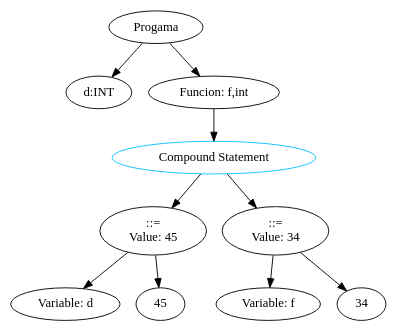
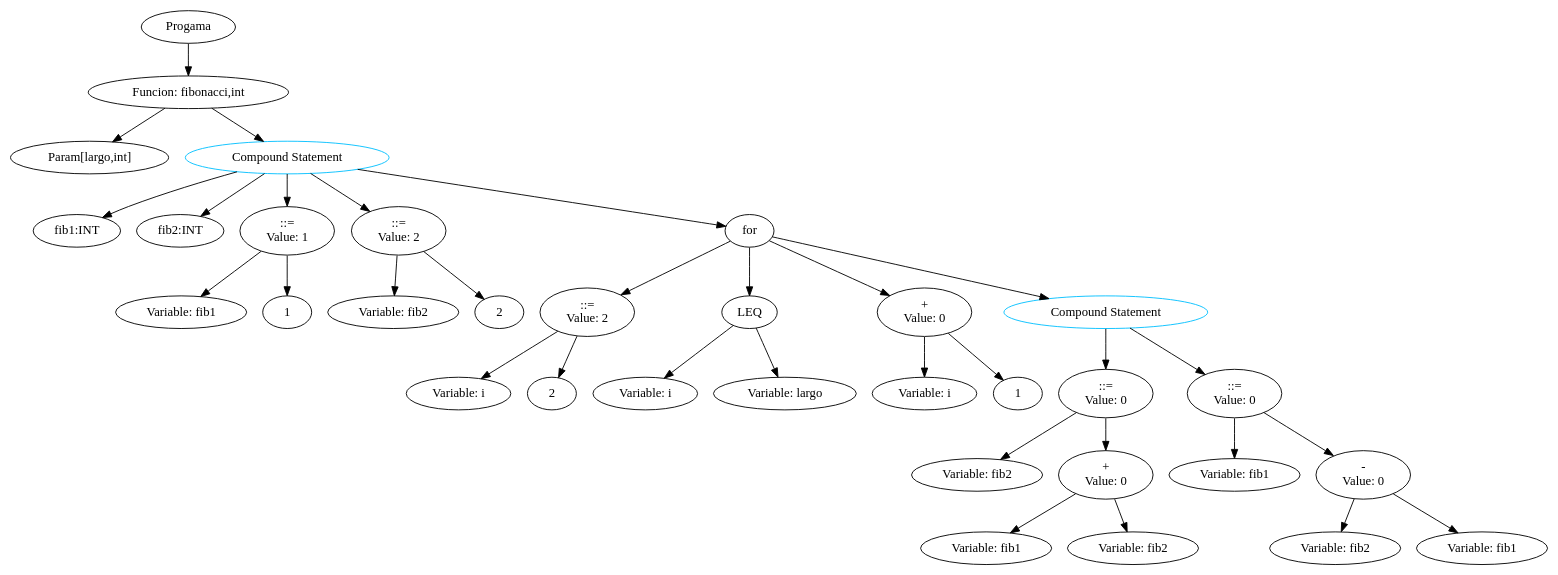
One commit to ComoSiempre/Compilador_T2 changed the diagram in Compilador/cod_2.dot. Above: the diagram before and after it, drawn with Graphviz. The commit also changed 16 other files, not shown here.

```diff
--- a/Compilador/cod_2.dot
+++ b/Compilador/cod_2.dot
@@ -1,23 +1,75 @@
 digraph G { 
 "nodo0"[label="Progama"]; 
-"nodo1"[label="d:INT"]; 
+"nodo1"[label="Funcion: fibonacci,int"]; 
 "nodo0"->"nodo1"; 
-"nodo2"[label="Funcion: f,int"]; 
-"nodo0"->"nodo2"; 
+"nodo2"[label="Param[largo,int]"]; 
+"nodo1"->"nodo2"; 
 "nodo3"[label="Compound Statement", color=deepskyblue]; 
-"nodo2"->"nodo3"; 
-"nodo4"[label="::=
-Value: 45"]; 
+"nodo1"->"nodo3"; 
+"nodo4"[label="fib1:INT"]; 
 "nodo3"->"nodo4"; 
-"nodo5"[label="Variable: d"]; 
-"nodo4"->"nodo5"; 
-"nodo6"[label="45"]; 
-"nodo4"->"nodo6"; 
-"nodo7"[label="::=
-Value: 34"]; 
-"nodo3"->"nodo7"; 
-"nodo8"[label="Variable: f"]; 
-"nodo7"->"nodo8"; 
-"nodo9"[label="34"]; 
-"nodo7"->"nodo9"; 
+"nodo5"[label="fib2:INT"]; 
+"nodo3"->"nodo5"; 
+"nodo6"[label="::=
+Value: 1"]; 
+"nodo3"->"nodo6"; 
+"nodo7"[label="Variable: fib1"]; 
+"nodo6"->"nodo7"; 
+"nodo8"[label="1"]; 
+"nodo6"->"nodo8"; 
+"nodo9"[label="::=
+Value: 2"]; 
+"nodo3"->"nodo9"; 
+"nodo10"[label="Variable: fib2"]; 
+"nodo9"->"nodo10"; 
+"nodo11"[label="2"]; 
+"nodo9"->"nodo11"; 
+"nodo12"[label="for"]; 
+"nodo3"->"nodo12"; 
+"nodo13"[label="::=
+Value: 2"]; 
+"nodo12"->"nodo13"; 
+"nodo14"[label="Variable: i"]; 
+"nodo13"->"nodo14"; 
+"nodo15"[label="2"]; 
+"nodo13"->"nodo15"; 
+"nodo16"[label="LEQ"]; 
+"nodo12"->"nodo16"; 
+"nodo17"[label="Variable: i"]; 
+"nodo16"->"nodo17"; 
+"nodo18"[label="Variable: largo"]; 
+"nodo16"->"nodo18"; 
+"nodo19"[label="+
+Value: 0"]; 
+"nodo12"->"nodo19"; 
+"nodo20"[label="Variable: i"]; 
+"nodo19"->"nodo20"; 
+"nodo21"[label="1"]; 
+"nodo19"->"nodo21"; 
+"nodo22"[label="Compound Statement", color=deepskyblue]; 
+"nodo12"->"nodo22"; 
+"nodo23"[label="::=
+Value: 0"]; 
+"nodo22"->"nodo23"; 
+"nodo24"[label="Variable: fib2"]; 
+"nodo23"->"nodo24"; 
+"nodo25"[label="+
+Value: 0"]; 
+"nodo23"->"nodo25"; 
+"nodo26"[label="Variable: fib1"]; 
+"nodo25"->"nodo26"; 
+"nodo27"[label="Variable: fib2"]; 
+"nodo25"->"nodo27"; 
+"nodo28"[label="::=
+Value: 0"]; 
+"nodo22"->"nodo28"; 
+"nodo29"[label="Variable: fib1"]; 
+"nodo28"->"nodo29"; 
+"nodo30"[label="-
+Value: 0"]; 
+"nodo28"->"nodo30"; 
+"nodo31"[label="Variable: fib2"]; 
+"nodo30"->"nodo31"; 
+"nodo32"[label="Variable: fib1"]; 
+"nodo30"->"nodo32"; 
 }
```
